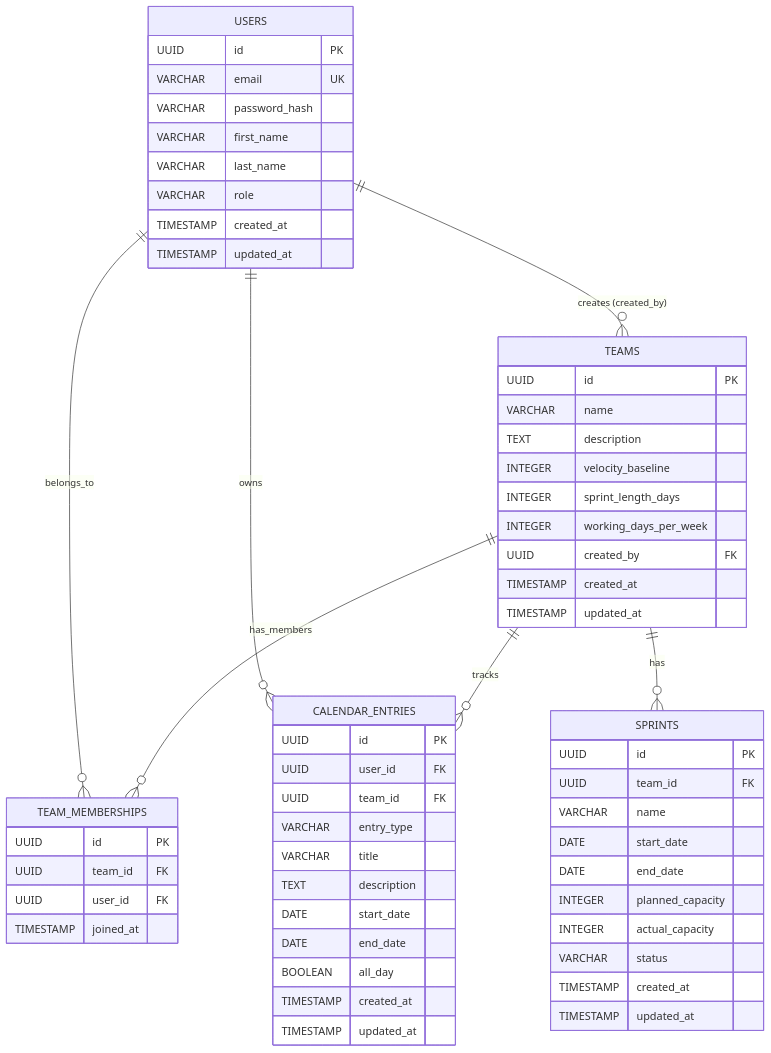
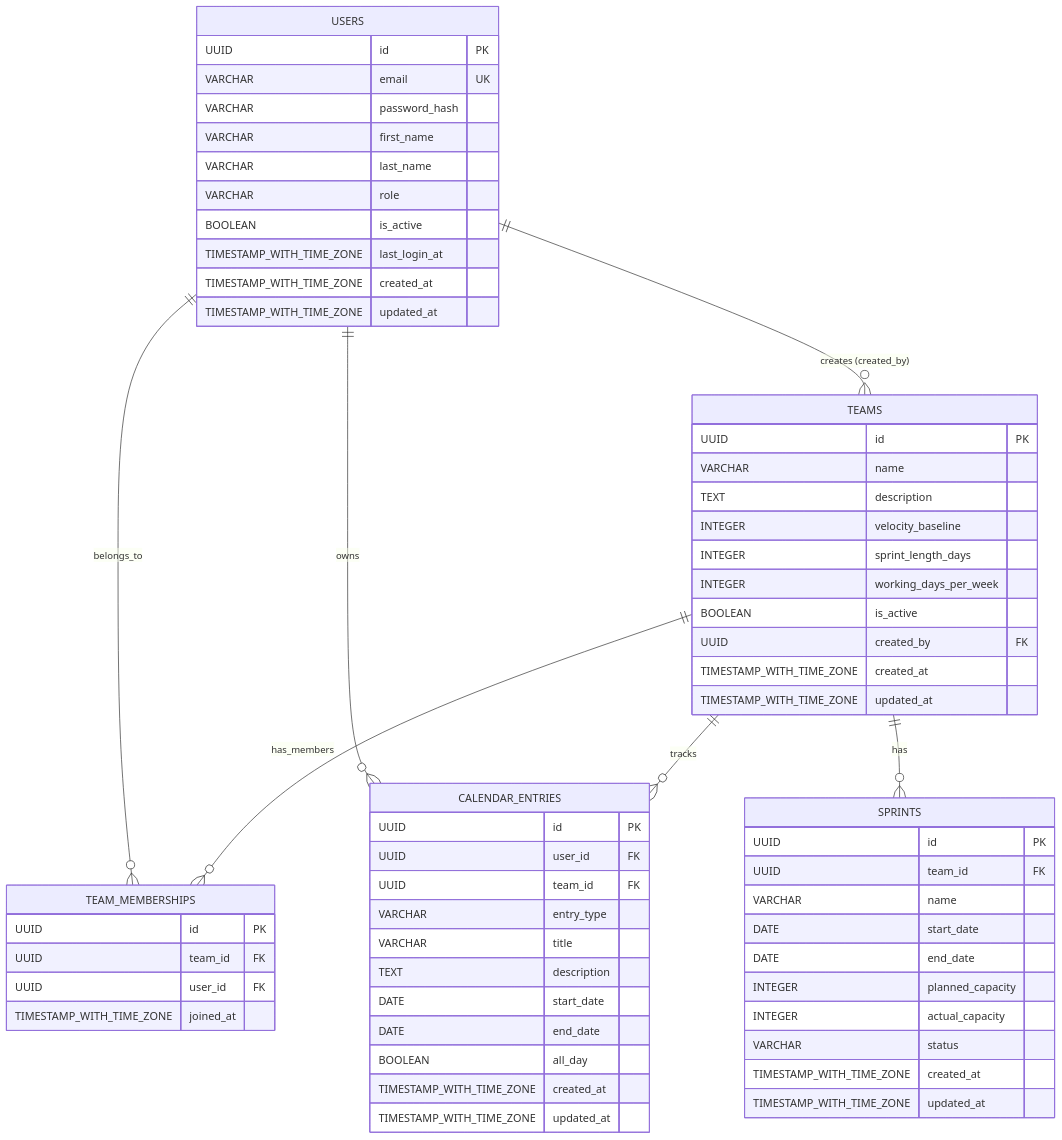
One commit to ApexAZ/zentropy changed the diagram in docs/database-erd.md. Above: the diagram before and after it, drawn with Mermaid. The commit also changed other lines of this file, not shown here.

First line of the commit message:
Update database ERD to match current schema implementation

````diff
--- a/docs/database-erd.md
+++ b/docs/database-erd.md
@@ -5,67 +5,70 @@
 ```mermaid
 erDiagram
     USERS {
         UUID id PK
         VARCHAR email UK
         VARCHAR password_hash
         VARCHAR first_name
         VARCHAR last_name
         VARCHAR role
-        TIMESTAMP created_at
-        TIMESTAMP updated_at
+        BOOLEAN is_active
+        TIMESTAMP_WITH_TIME_ZONE last_login_at
+        TIMESTAMP_WITH_TIME_ZONE created_at
+        TIMESTAMP_WITH_TIME_ZONE updated_at
     }
     
     TEAMS {
         UUID id PK
         VARCHAR name
         TEXT description
         INTEGER velocity_baseline
         INTEGER sprint_length_days
         INTEGER working_days_per_week
+        BOOLEAN is_active
         UUID created_by FK
-        TIMESTAMP created_at
-        TIMESTAMP updated_at
+        TIMESTAMP_WITH_TIME_ZONE created_at
+        TIMESTAMP_WITH_TIME_ZONE updated_at
     }
     
     TEAM_MEMBERSHIPS {
         UUID id PK
         UUID team_id FK
         UUID user_id FK
-        TIMESTAMP joined_at
+        TIMESTAMP_WITH_TIME_ZONE joined_at
     }
     
     CALENDAR_ENTRIES {
         UUID id PK
         UUID user_id FK
         UUID team_id FK
         VARCHAR entry_type
         VARCHAR title
         TEXT description
         DATE start_date
         DATE end_date
         BOOLEAN all_day
-        TIMESTAMP created_at
-        TIMESTAMP updated_at
+        TIMESTAMP_WITH_TIME_ZONE created_at
+        TIMESTAMP_WITH_TIME_ZONE updated_at
     }
     
     SPRINTS {
         UUID id PK
         UUID team_id FK
         VARCHAR name
         DATE start_date
         DATE end_date
         INTEGER planned_capacity
         INTEGER actual_capacity
         VARCHAR status
-        TIMESTAMP created_at
-        TIMESTAMP updated_at
+        TIMESTAMP_WITH_TIME_ZONE created_at
+        TIMESTAMP_WITH_TIME_ZONE updated_at
     }
 
     %% Relationships
     USERS ||--o{ TEAMS : "creates (created_by)"
     USERS ||--o{ TEAM_MEMBERSHIPS : "belongs_to"
     TEAMS ||--o{ TEAM_MEMBERSHIPS : "has_members"
     USERS ||--o{ CALENDAR_ENTRIES : "owns"
     TEAMS ||--o{ CALENDAR_ENTRIES : "tracks"
     TEAMS ||--o{ SPRINTS : "has"
 ```
````
